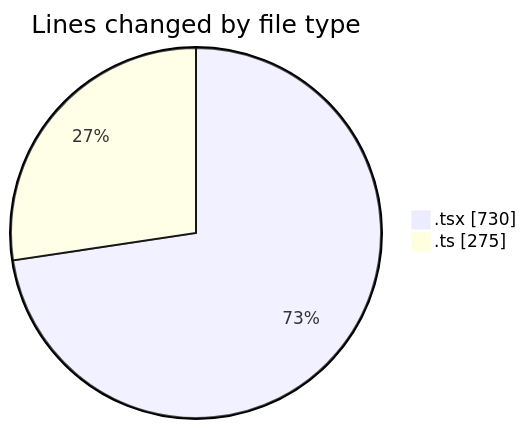
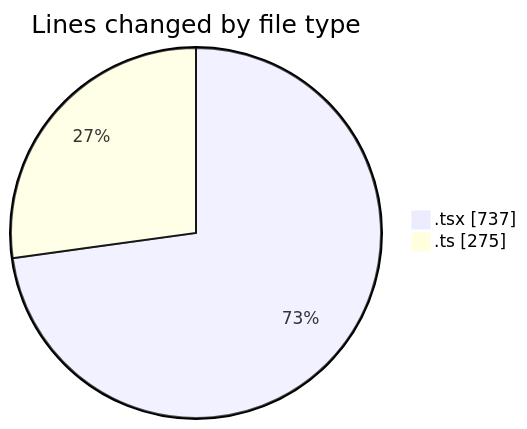
The first of 2 diagrams in 2025-05-20/mbc-web/README.md (robertbonfada/code-tracking), drawn with Mermaid before and after one commit. The commit also changed other lines of this file and 1 other file, not shown here.

````diff
--- a/2025-05-20/mbc-web/README.md
+++ b/2025-05-20/mbc-web/README.md
@@ -24,6 +24,6 @@
 ```mermaid
 pie showData
 title Lines changed by file type
-".tsx" : 730
+".tsx" : 737
 ".ts" : 275
 ```
````
